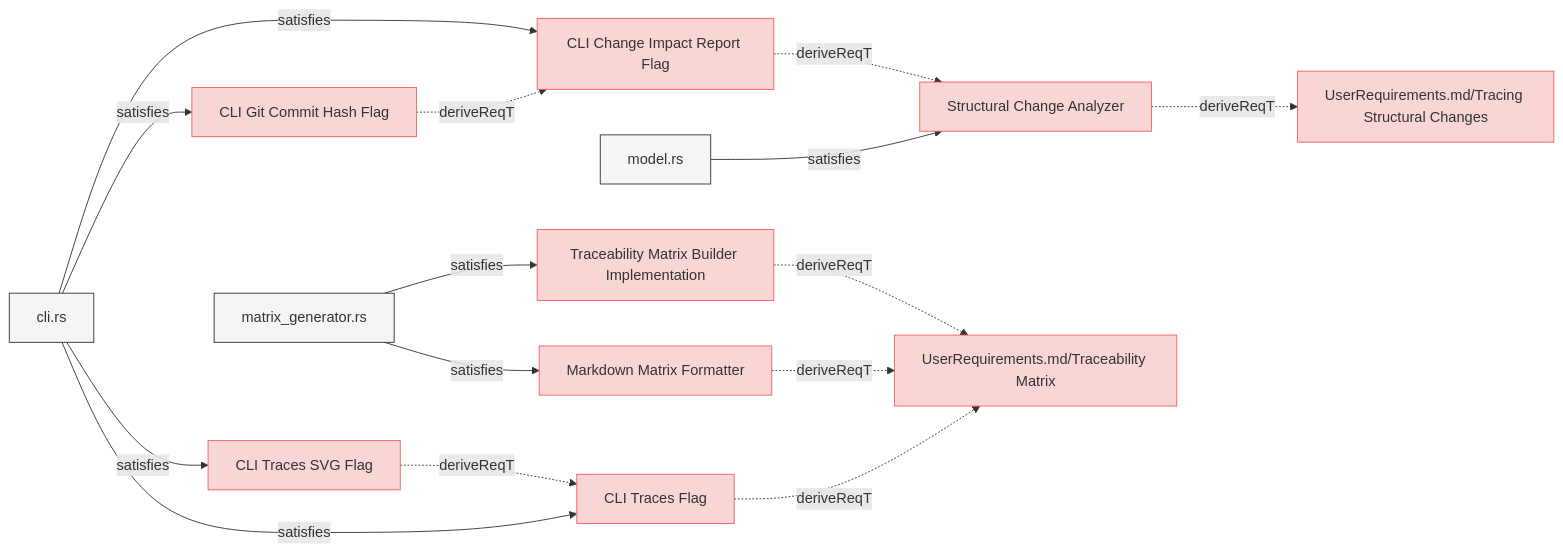
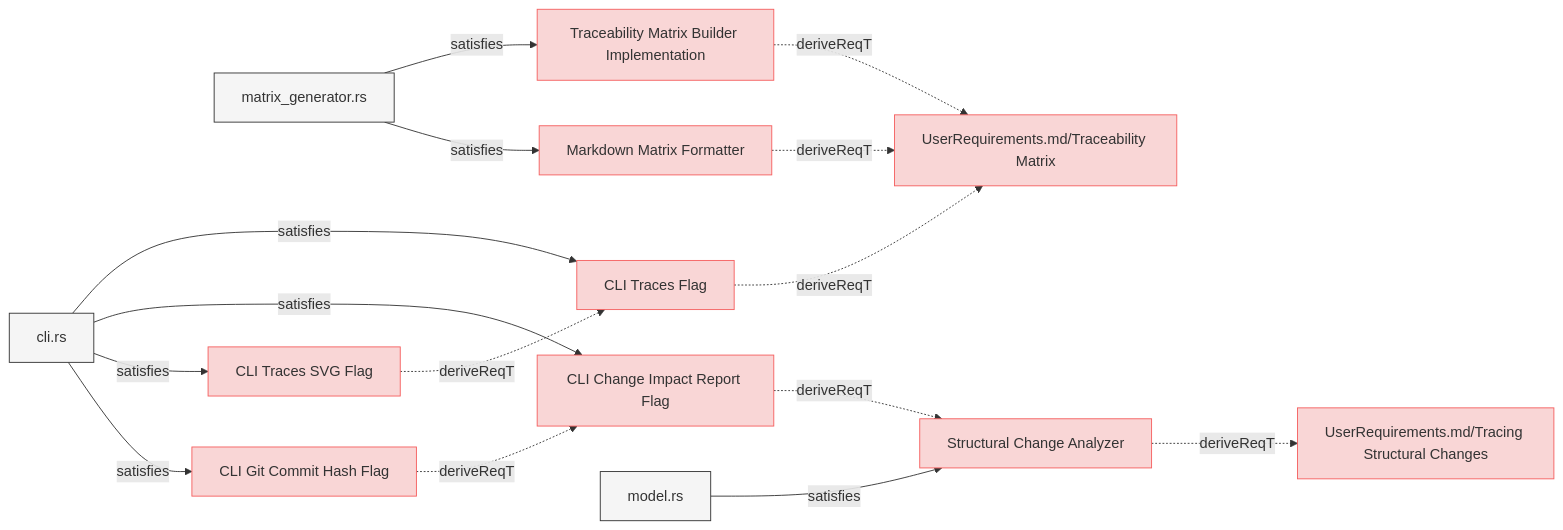
One commit to reqvire-org/reqvire changed the sixth of 8 diagrams in specifications/SystemRequirements/Requirements.md. Above: the diagram before and after it, drawn with Mermaid. The commit also changed other lines of this file and 56 other files, not shown here.

````diff
--- a/specifications/SystemRequirements/Requirements.md
+++ b/specifications/SystemRequirements/Requirements.md
@@ -688,59 +728,59 @@
 ```mermaid
 graph LR;
   %% Graph styling
   classDef requirement fill:#f9d6d6,stroke:#f55f5f,stroke-width:1px;
   classDef verification fill:#d6f9d6,stroke:#5fd75f,stroke-width:1px;
   classDef externalLink fill:#d0e0ff,stroke:#3080ff,stroke-width:1px;
   classDef default fill:#f5f5f5,stroke:#333333,stroke-width:1px;
 
+  5eca866a0338e0fe["Traceability Matrix Builder Implementation"];
+  click 5eca866a0338e0fe "https://github.com/ilijaljubicic/ReqFlow/blob/29a17f176519a28e973567d4102beb95f41075ed/specifications/SystemRequirements/Requirements.md#traceability-matrix-builder-implementation";
+  class 5eca866a0338e0fe requirement;
+  ba40352f8e72c125["UserRequirements.md/Traceability Matrix"];
+  class ba40352f8e72c125 requirement;
+  click ba40352f8e72c125 "https://github.com/ilijaljubicic/ReqFlow/blob/29a17f176519a28e973567d4102beb95f41075ed/specifications/UserRequirements.md#traceability-matrix";
+  5eca866a0338e0fe -.->|deriveReqT| ba40352f8e72c125;
+  48ddeb303b98f1b4["matrix_generator.rs"];
+  class 48ddeb303b98f1b4 default;
+  click 48ddeb303b98f1b4 "https://github.com/ilijaljubicic/ReqFlow/blob/29a17f176519a28e973567d4102beb95f41075ed/core/src/matrix_generator.rs";
+  48ddeb303b98f1b4 -->|satisfies| 5eca866a0338e0fe;
+  438a74e06c98c101["CLI Traces Flag"];
+  click 438a74e06c98c101 "https://github.com/ilijaljubicic/ReqFlow/blob/29a17f176519a28e973567d4102beb95f41075ed/specifications/SystemRequirements/Requirements.md#cli-traces-flag";
+  class 438a74e06c98c101 requirement;
+  438a74e06c98c101 -.->|deriveReqT| ba40352f8e72c125;
+  11ffc4632afd7c4c["cli.rs"];
+  class 11ffc4632afd7c4c default;
+  click 11ffc4632afd7c4c "https://github.com/ilijaljubicic/ReqFlow/blob/29a17f176519a28e973567d4102beb95f41075ed/cli/src/cli.rs";
+  11ffc4632afd7c4c -->|satisfies| 438a74e06c98c101;
   665b7456c9b61ded["CLI Change Impact Report Flag"];
-  click 665b7456c9b61ded "https://github.com/ilijaljubicic/ReqFlow/blob/a94231473c9a4a56fe21608ebd13787e0cc3f2dc/specifications/SystemRequirements/Requirements.md#cli-change-impact-report-flag";
+  click 665b7456c9b61ded "https://github.com/ilijaljubicic/ReqFlow/blob/29a17f176519a28e973567d4102beb95f41075ed/specifications/SystemRequirements/Requirements.md#cli-change-impact-report-flag";
   class 665b7456c9b61ded requirement;
   918cc4a26d642f30["Structural Change Analyzer"];
   class 918cc4a26d642f30 requirement;
-  click 918cc4a26d642f30 "https://github.com/ilijaljubicic/ReqFlow/blob/a94231473c9a4a56fe21608ebd13787e0cc3f2dc/specifications/SystemRequirements/Requirements.md#structural-change-analyzer";
+  click 918cc4a26d642f30 "https://github.com/ilijaljubicic/ReqFlow/blob/29a17f176519a28e973567d4102beb95f41075ed/specifications/SystemRequirements/Requirements.md#structural-change-analyzer";
   665b7456c9b61ded -.->|deriveReqT| 918cc4a26d642f30;
-  11ffc4632afd7c4c["cli.rs"];
-  class 11ffc4632afd7c4c default;
-  click 11ffc4632afd7c4c "https://github.com/ilijaljubicic/ReqFlow/blob/a94231473c9a4a56fe21608ebd13787e0cc3f2dc/cli/src/cli.rs";
   11ffc4632afd7c4c -->|satisfies| 665b7456c9b61ded;
-  5eca866a0338e0fe["Traceability Matrix Builder Implementation"];
-  click 5eca866a0338e0fe "https://github.com/ilijaljubicic/ReqFlow/blob/a94231473c9a4a56fe21608ebd13787e0cc3f2dc/specifications/SystemRequirements/Requirements.md#traceability-matrix-builder-implementation";
-  class 5eca866a0338e0fe requirement;
-  ba40352f8e72c125["UserRequirements.md/Traceability Matrix"];
-  class ba40352f8e72c125 requirement;
-  click ba40352f8e72c125 "https://github.com/ilijaljubicic/ReqFlow/blob/a94231473c9a4a56fe21608ebd13787e0cc3f2dc/specifications/UserRequirements.md#traceability-matrix";
-  5eca866a0338e0fe -.->|deriveReqT| ba40352f8e72c125;
-  48ddeb303b98f1b4["matrix_generator.rs"];
-  class 48ddeb303b98f1b4 default;
-  click 48ddeb303b98f1b4 "https://github.com/ilijaljubicic/ReqFlow/blob/a94231473c9a4a56fe21608ebd13787e0cc3f2dc/core/src/matrix_generator.rs";
-  48ddeb303b98f1b4 -->|satisfies| 5eca866a0338e0fe;
   1ffba11189b9b4c8["CLI Traces SVG Flag"];
-  click 1ffba11189b9b4c8 "https://github.com/ilijaljubicic/ReqFlow/blob/a94231473c9a4a56fe21608ebd13787e0cc3f2dc/specifications/SystemRequirements/Requirements.md#cli-traces-svg-flag";
+  click 1ffba11189b9b4c8 "https://github.com/ilijaljubicic/ReqFlow/blob/29a17f176519a28e973567d4102beb95f41075ed/specifications/SystemRequirements/Requirements.md#cli-traces-svg-flag";
   class 1ffba11189b9b4c8 requirement;
-  438a74e06c98c101["CLI Traces Flag"];
-  class 438a74e06c98c101 requirement;
-  click 438a74e06c98c101 "https://github.com/ilijaljubicic/ReqFlow/blob/a94231473c9a4a56fe21608ebd13787e0cc3f2dc/specifications/SystemRequirements/Requirements.md#cli-traces-flag";
   1ffba11189b9b4c8 -.->|deriveReqT| 438a74e06c98c101;
   11ffc4632afd7c4c -->|satisfies| 1ffba11189b9b4c8;
+  d7e5fbf806d650d9["Markdown Matrix Formatter"];
+  click d7e5fbf806d650d9 "https://github.com/ilijaljubicic/ReqFlow/blob/29a17f176519a28e973567d4102beb95f41075ed/specifications/SystemRequirements/Requirements.md#markdown-matrix-formatter";
+  class d7e5fbf806d650d9 requirement;
+  d7e5fbf806d650d9 -.->|deriveReqT| ba40352f8e72c125;
+  48ddeb303b98f1b4 -->|satisfies| d7e5fbf806d650d9;
   91ebf7e73d5ac081["UserRequirements.md/Tracing Structural Changes"];
   class 91ebf7e73d5ac081 requirement;
-  click 91ebf7e73d5ac081 "https://github.com/ilijaljubicic/ReqFlow/blob/a94231473c9a4a56fe21608ebd13787e0cc3f2dc/specifications/UserRequirements.md#tracing-structural-changes";
+  click 91ebf7e73d5ac081 "https://github.com/ilijaljubicic/ReqFlow/blob/29a17f176519a28e973567d4102beb95f41075ed/specifications/UserRequirements.md#tracing-structural-changes";
   918cc4a26d642f30 -.->|deriveReqT| 91ebf7e73d5ac081;
   cc976e6bcded86e7["model.rs"];
   class cc976e6bcded86e7 default;
-  click cc976e6bcded86e7 "https://github.com/ilijaljubicic/ReqFlow/blob/a94231473c9a4a56fe21608ebd13787e0cc3f2dc/core/src/change_impact.rs";
+  click cc976e6bcded86e7 "https://github.com/ilijaljubicic/ReqFlow/blob/29a17f176519a28e973567d4102beb95f41075ed/core/src/change_impact.rs";
   cc976e6bcded86e7 -->|satisfies| 918cc4a26d642f30;
-  d7e5fbf806d650d9["Markdown Matrix Formatter"];
-  click d7e5fbf806d650d9 "https://github.com/ilijaljubicic/ReqFlow/blob/a94231473c9a4a56fe21608ebd13787e0cc3f2dc/specifications/SystemRequirements/Requirements.md#markdown-matrix-formatter";
-  class d7e5fbf806d650d9 requirement;
-  d7e5fbf806d650d9 -.->|deriveReqT| ba40352f8e72c125;
-  48ddeb303b98f1b4 -->|satisfies| d7e5fbf806d650d9;
   b8b40184613535c1["CLI Git Commit Hash Flag"];
-  click b8b40184613535c1 "https://github.com/ilijaljubicic/ReqFlow/blob/a94231473c9a4a56fe21608ebd13787e0cc3f2dc/specifications/SystemRequirements/Requirements.md#cli-git-commit-hash-flag";
+  click b8b40184613535c1 "https://github.com/ilijaljubicic/ReqFlow/blob/29a17f176519a28e973567d4102beb95f41075ed/specifications/SystemRequirements/Requirements.md#cli-git-commit-hash-flag";
   class b8b40184613535c1 requirement;
   b8b40184613535c1 -.->|deriveReqT| 665b7456c9b61ded;
   11ffc4632afd7c4c -->|satisfies| b8b40184613535c1;
-  438a74e06c98c101 -.->|deriveReqT| ba40352f8e72c125;
-  11ffc4632afd7c4c -->|satisfies| 438a74e06c98c101;
 ```
````
